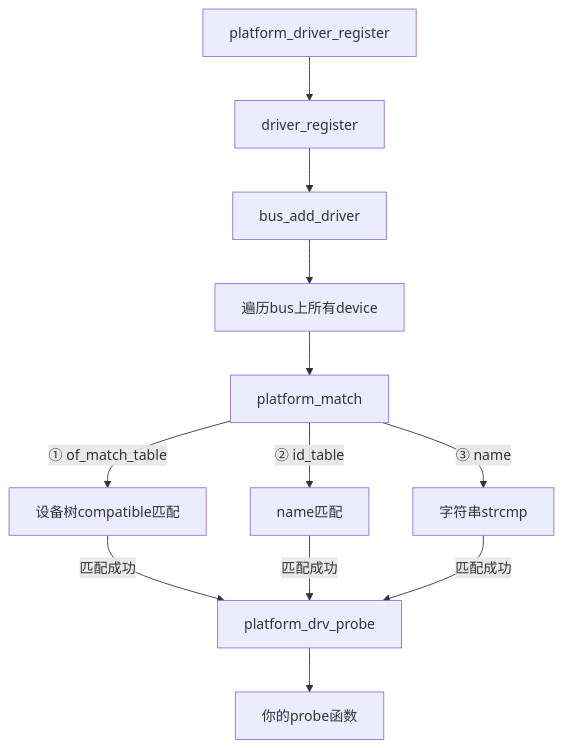
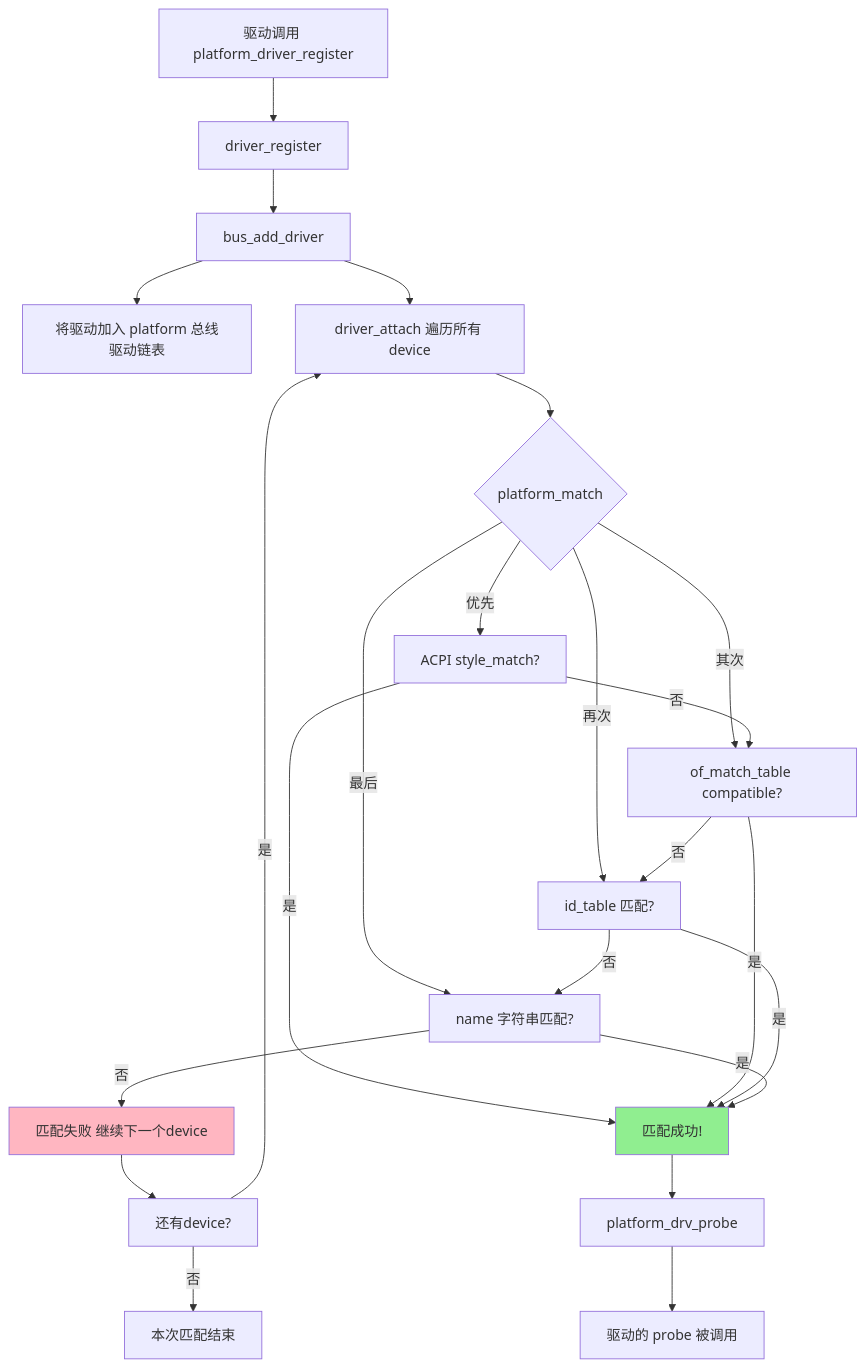
One commit to xiaohong0925/Embedded_Knowledge_System_V2026 changed the diagram in docs/02-核心机制深度解析/第11章 设备模型/11.2.2.md. Above: the diagram before and after it, drawn with Mermaid. The commit also changed other lines of this file and 19 other files, not shown here.

````diff
--- a/docs/02-核心机制深度解析/第11章 设备模型/11.2.2.md
+++ b/docs/02-核心机制深度解析/第11章 设备模型/11.2.2.md
@@ -158,16 +93,28 @@
 ```mermaid
-graph TD
-    A[platform_driver_register] --> B[driver_register]
+flowchart TD
+    A[驱动调用 platform_driver_register] --> B[driver_register]
     B --> C[bus_add_driver]
-    C --> D[遍历bus上所有device]
-    D --> E[platform_match]
+    C --> D[将驱动加入 platform 总线驱动链表]
+    C --> E[driver_attach 遍历所有 device]
+    E --> F{platform_match}
+    F -->|优先| G[ACPI style_match?]
+    F -->|其次| H[of_match_table compatible?]
+    F -->|再次| I[id_table 匹配?]
+    F -->|最后| J[name 字符串匹配?]
+    G -->|否| H
+    H -->|否| I
+    I -->|否| J
+    J -->|否| K[匹配失败 继续下一个device]
+    G -->|是| L[匹配成功!]
+    H -->|是| L
+    I -->|是| L
+    J -->|是| L
+    L --> M[platform_drv_probe]
+    M --> N[驱动的 probe 被调用]
+    K --> O[还有device?]
+    O -->|是| E
+    O -->|否| P[本次匹配结束]
 
-    E -->|① of_match_table| F1[设备树compatible匹配]
-    E -->|② id_table| F2[name匹配]
-    E -->|③ name| F3[字符串strcmp]
-
-    F1 -->|匹配成功| G[platform_drv_probe]
-    F2 -->|匹配成功| G
-    F3 -->|匹配成功| G
-    G --> H[你的probe函数]
+    style L fill:#90EE90
+    style K fill:#FFB6C1
 ```
````
